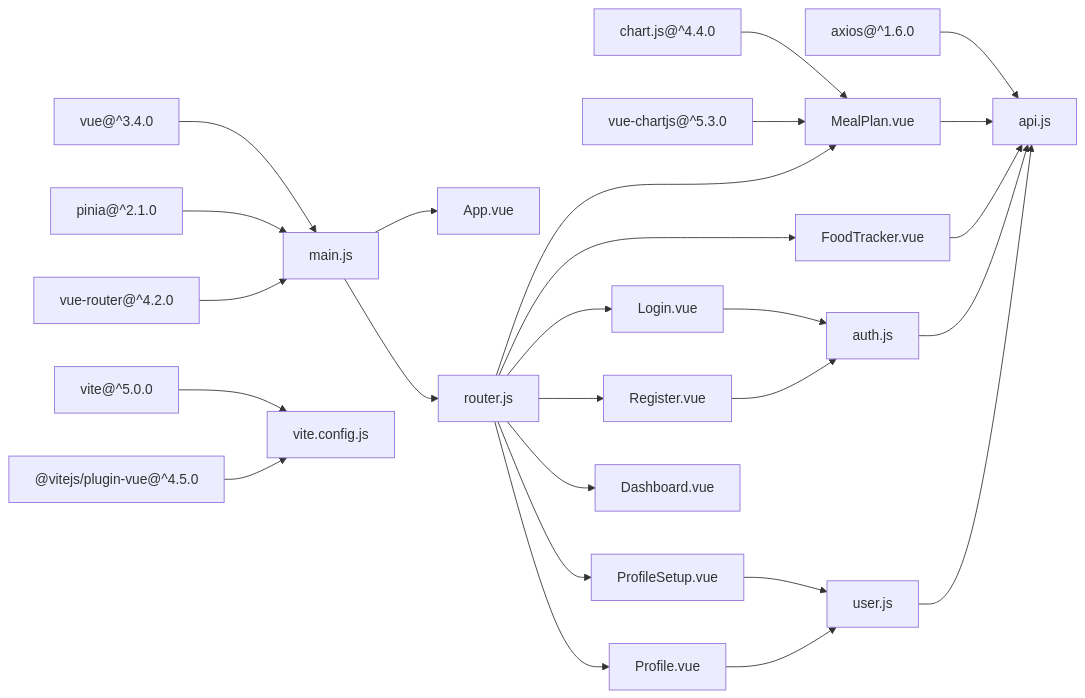
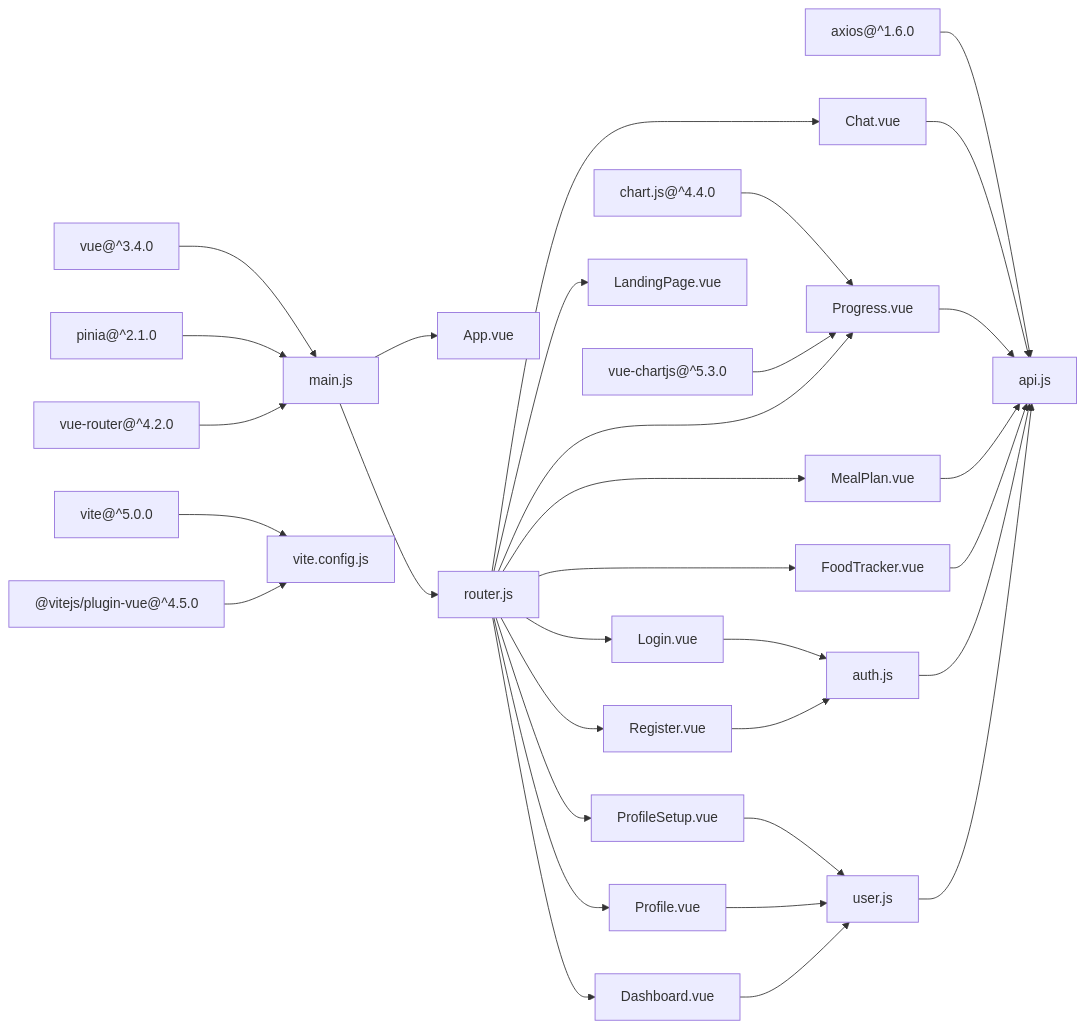
One commit to hsarjun04-netizen/NUTRICooACH changed the third of 3 diagrams in .qoder/repowiki/en/content/Frontend Application/Vue.js Application Architecture.md. Above: the diagram before and after it, drawn with Mermaid. The commit also changed other lines of this file and 8 other files, not shown here.

Commit message:
Redesign Dashboard: dark sidebar, hero banner, activity chart, calendar, donut chart, water tracker

````diff
--- a/.qoder/repowiki/en/content/Frontend Application/Vue.js Application Architecture.md
+++ b/.qoder/repowiki/en/content/Frontend Application/Vue.js Application Architecture.md
@@ -322,28 +440,34 @@
 ```mermaid
 graph LR
 Vue["vue@^3.4.0"] --> Main["main.js"]
 Pinia["pinia@^2.1.0"] --> Main
 Router["vue-router@^4.2.0"] --> Main
 Axios["axios@^1.6.0"] --> API["api.js"]
-ChartJS["chart.js@^4.4.0"] --> MealPlan["MealPlan.vue"]
-VueChartJS["vue-chartjs@^5.3.0"] --> MealPlan
+ChartJS["chart.js@^4.4.0"] --> Progress["Progress.vue"]
+VueChartJS["vue-chartjs@^5.3.0"] --> Progress
 Vite["vite@^5.0.0"] --> VCfg["vite.config.js"]
 VPlugin["@vitejs/plugin-vue@^4.5.0"] --> VCfg
 Main --> App["App.vue"]
 Main --> RouterCfg["router.js"]
+RouterCfg --> Landing["LandingPage.vue"]
 RouterCfg --> Login["Login.vue"]
 RouterCfg --> Register["Register.vue"]
 RouterCfg --> ProfileSetup["ProfileSetup.vue"]
 RouterCfg --> Profile["Profile.vue"]
 RouterCfg --> Dashboard["Dashboard.vue"]
-RouterCfg --> MealPlan
+RouterCfg --> Chat["Chat.vue"]
+RouterCfg --> Progress["Progress.vue"]
+RouterCfg --> MealPlan["MealPlan.vue"]
 RouterCfg --> Tracker["FoodTracker.vue"]
 Login --> AuthStore["auth.js"]
 Register --> AuthStore
 ProfileSetup --> UserStore["user.js"]
 Profile --> UserStore
+Dashboard --> UserStore
+Chat --> API
+Progress --> API
 MealPlan --> API
 Tracker --> API
 AuthStore --> API
 UserStore --> API
 ```
````
